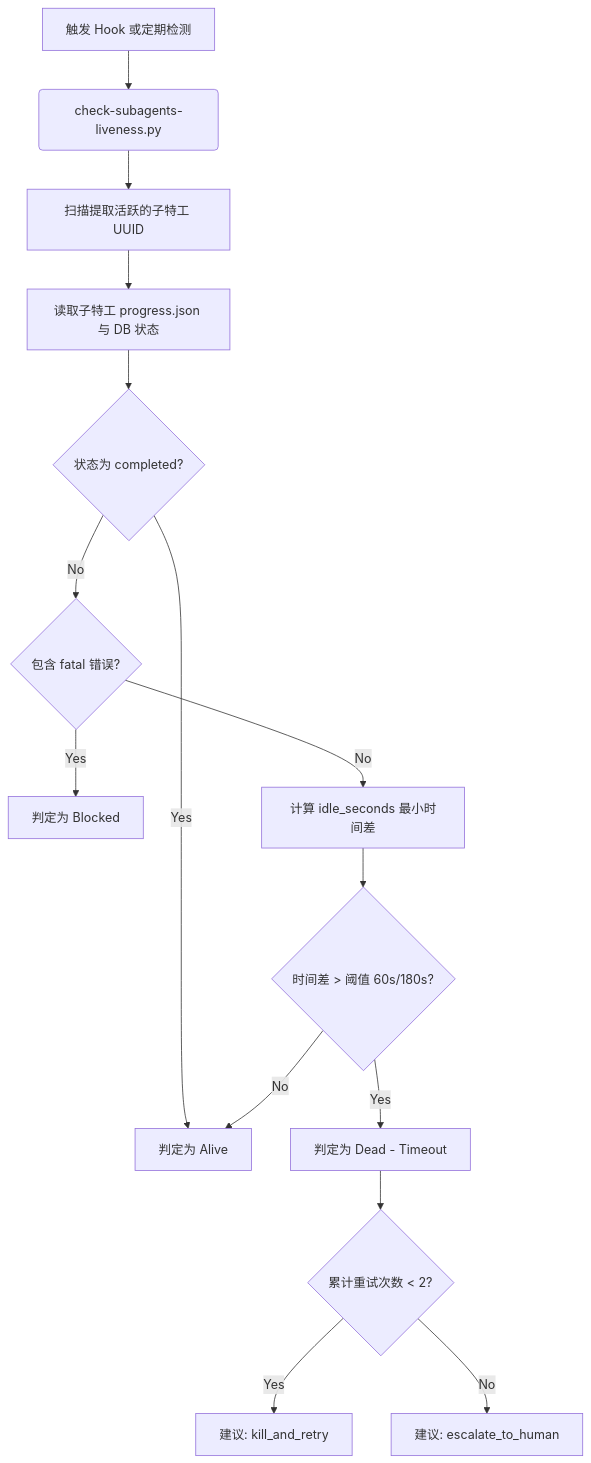
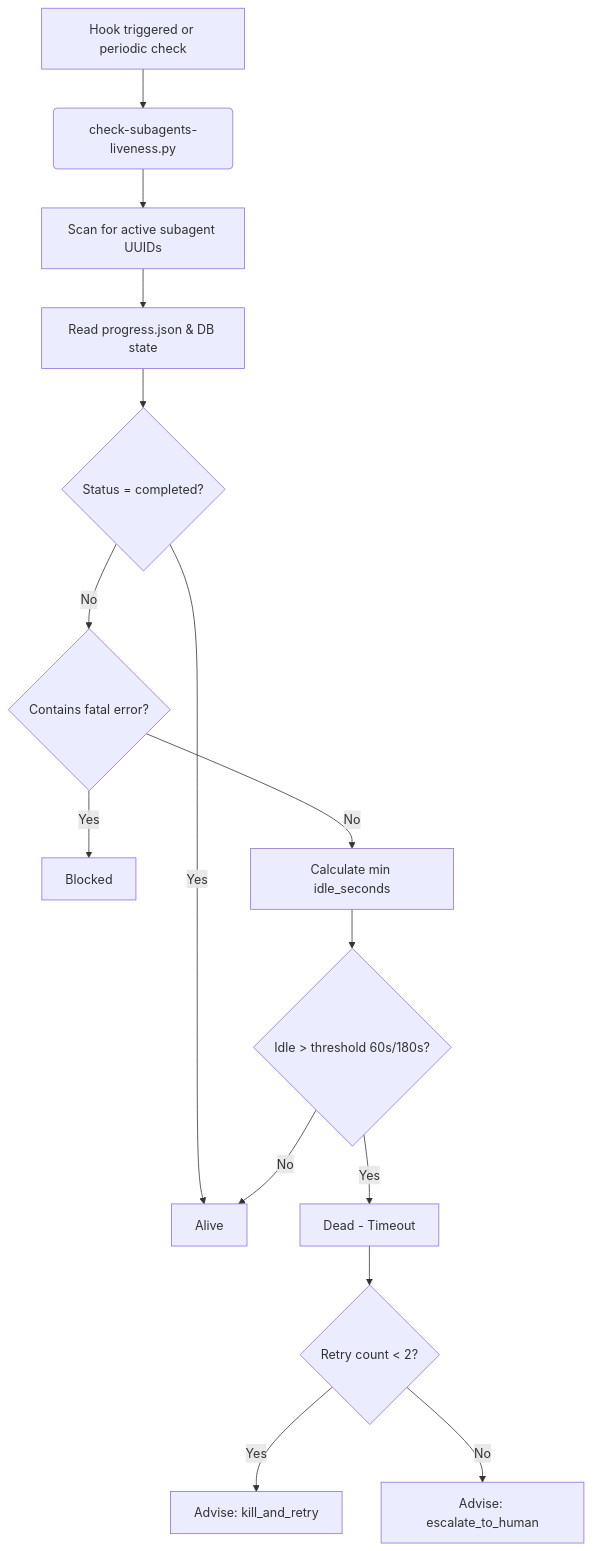
Before and after one commit to pseudoming/remora-plugin: the fourth of 11 diagrams in docs/business_flows.md, drawn with Mermaid. The commit also changed other lines of this file and 10 other files, not shown here.

````diff
--- a/docs/business_flows.md
+++ b/docs/business_flows.md
@@ -163,20 +165,20 @@
 ```mermaid
 flowchart TD
-    A[触发 Hook 或定期检测] --> B(check-subagents-liveness.py)
-    B --> C[扫描提取活跃的子特工 UUID]
-    C --> D[读取子特工 progress.json 与 DB 状态]
+    A[Hook triggered or periodic check] --> B(check-subagents-liveness.py)
+    B --> C[Scan for active subagent UUIDs]
+    C --> D[Read progress.json & DB state]
     
-    D --> E{状态为 completed?}
-    E -->|Yes| F[判定为 Alive]
-    E -->|No| G{包含 fatal 错误?}
-    G -->|Yes| H[判定为 Blocked]
-    G -->|No| I[计算 idle_seconds 最小时间差]
+    D --> E{Status = completed?}
+    E -->|Yes| F[Alive]
+    E -->|No| G{Contains fatal error?}
+    G -->|Yes| H[Blocked]
+    G -->|No| I[Calculate min idle_seconds]
     
-    I --> J{时间差 > 阈值 60s/180s?}
-    J -->|Yes| K[判定为 Dead - Timeout]
+    I --> J{Idle > threshold 60s/180s?}
+    J -->|Yes| K[Dead - Timeout]
     J -->|No| F
     
-    K --> L{累计重试次数 < 2?}
-    L -->|Yes| M[建议: kill_and_retry]
-    L -->|No| N[建议: escalate_to_human]
+    K --> L{Retry count < 2?}
+    L -->|Yes| M[Advise: kill_and_retry]
+    L -->|No| N[Advise: escalate_to_human]
 ```
````
